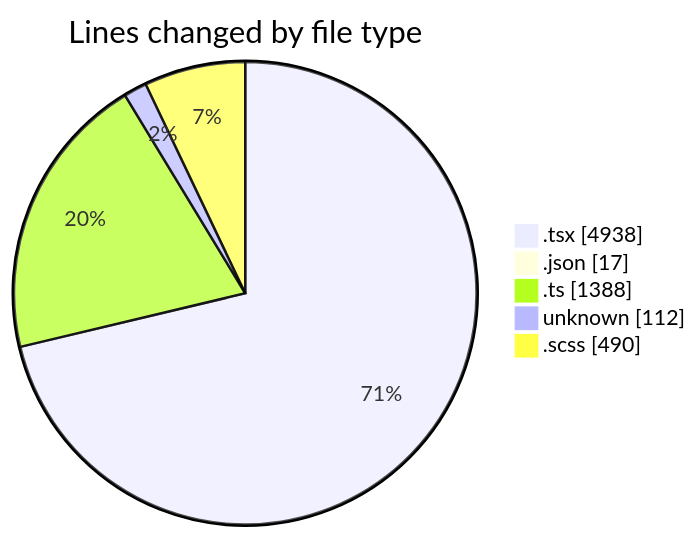
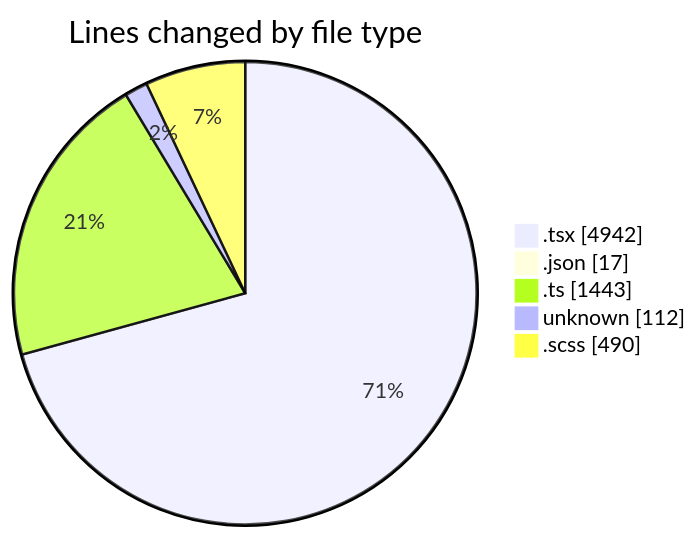
One commit to momahboobian/code-tracking changed the first of 2 diagrams in 2026-04-30/cda/README.md. Above: the diagram before and after it, drawn with Mermaid. The commit also changed other lines of this file and 1 other file, not shown here.

````diff
--- a/2026-04-30/cda/README.md
+++ b/2026-04-30/cda/README.md
@@ -69,9 +69,9 @@
 ```mermaid
 pie showData
 title Lines changed by file type
-".tsx" : 4938
+".tsx" : 4942
 ".json" : 17
-".ts" : 1388
+".ts" : 1443
 "unknown" : 112
 ".scss" : 490
 ```
````
